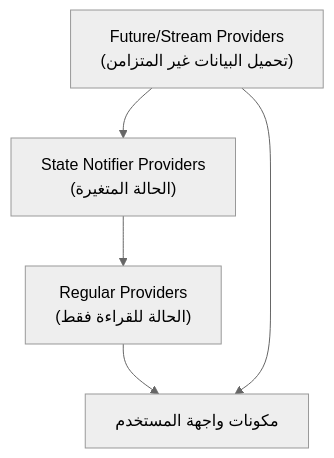
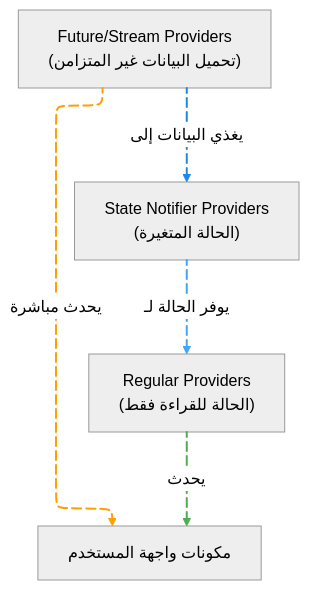
The second of 2 diagrams in lib/presentation/README-ar.md (GeniusSystems24/genius_store), drawn with Mermaid (neutral theme) before and after one commit. The commit also changed other lines of this file and 60 other files, not shown here.

Commit message:
- add animations to diagrams.

````diff
--- a/lib/presentation/README-ar.md
+++ b/lib/presentation/README-ar.md
@@ -82,7 +97,22 @@
 ```mermaid
+---
+config:
+  look: classic
+  layout: elk
+---
 flowchart TD
-    FP["Future/Stream Providers\n(تحميل البيانات غير المتزامن)"] --> SP["State Notifier Providers\n(الحالة المتغيرة)"]
-    SP --> P["Regular Providers\n(الحالة للقراءة فقط)"]
-    P --> UI["مكونات واجهة المستخدم"]
-    FP --> UI
+    FP["Future/Stream Providers\n(تحميل البيانات غير المتزامن)"] L_FP_SP_0@--> |يغذي البيانات إلى| SP["State Notifier Providers\n(الحالة المتغيرة)"]
+    SP L_SP_P_0@--> |يوفر الحالة لـ| P["Regular Providers\n(الحالة للقراءة فقط)"]
+    P L_P_UI_0@--> |يحدث| UI["مكونات واجهة المستخدم"]
+    FP L_FP_UI_0@--> |يحدث مباشرة| UI
+    
+    linkStyle 0 stroke:#1E88E5,fill:none,stroke-width:2px
+    linkStyle 1 stroke:#42A5F5,fill:none,stroke-width:2px
+    linkStyle 2 stroke:#4CAF50,fill:none,stroke-width:2px
+    linkStyle 3 stroke:#FFA000,fill:none,stroke-width:2px
+    
+    L_FP_SP_0@{ animation: fast }
+    L_SP_P_0@{ animation: fast } 
+    L_P_UI_0@{ animation: fast } 
+    L_FP_UI_0@{ animation: fast }
 ```
````
